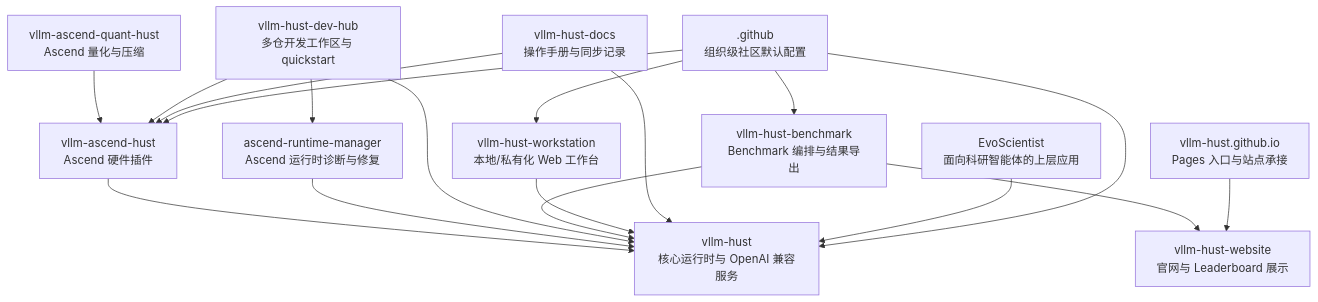
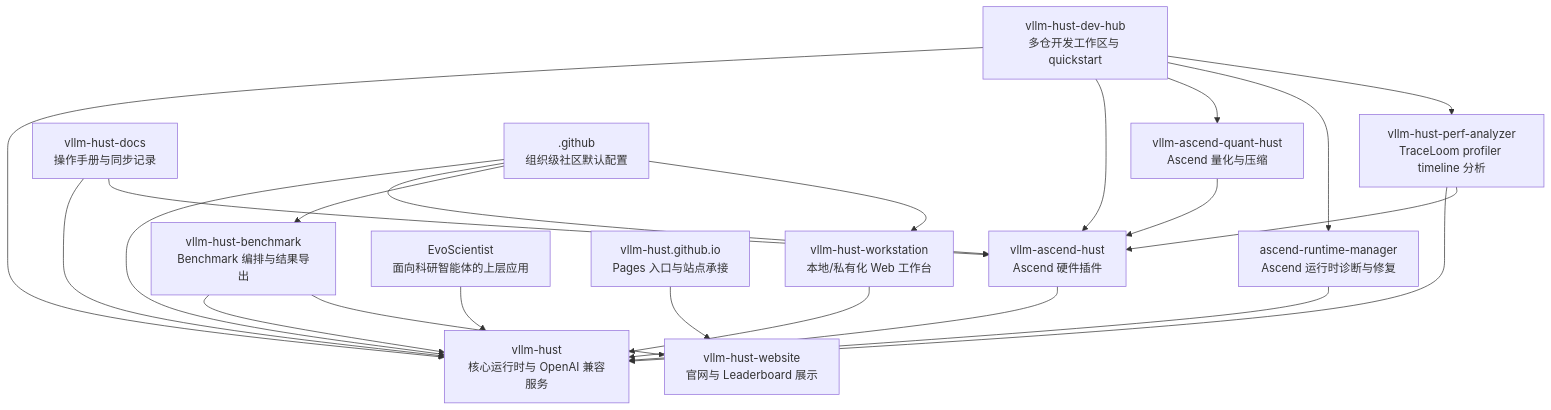
The diagram in profile/README.md (vLLM-HUST/.github), drawn with Mermaid before and after one commit. The commit also changed other lines of this file and 3 other files, not shown here.

````diff
--- a/profile/README.md
+++ b/profile/README.md
@@ -70,33 +72,38 @@
 ```mermaid
 flowchart TD
     A[vllm-hust\n核心运行时与 OpenAI 兼容服务]
     B[vllm-ascend-hust\nAscend 硬件插件]
-  C[vllm-ascend-quant-hust\nAscend 量化与压缩]
-  D[ascend-runtime-manager\nAscend 运行时诊断与修复]
-  E[vllm-hust-dev-hub\n多仓开发工作区与 quickstart]
-  F[vllm-hust-benchmark\nBenchmark 编排与结果导出]
-  G[vllm-hust-website\n官网与 Leaderboard 展示]
-  H[vllm-hust-workstation\n本地/私有化 Web 工作台]
-  I[vllm-hust-docs\n操作手册与同步记录]
-  J[EvoScientist\n面向科研智能体的上层应用]
-  K[.github\n组织级社区默认配置]
-  L[vllm-hust.github.io\nPages 入口与站点承接]
+    C[vllm-ascend-quant-hust\nAscend 量化与压缩]
+    D[ascend-runtime-manager\nAscend 运行时诊断与修复]
+    E[vllm-hust-dev-hub\n多仓开发工作区与 quickstart]
+    F[vllm-hust-benchmark\nBenchmark 编排与结果导出]
+    G[vllm-hust-website\n官网与 Leaderboard 展示]
+    H[vllm-hust-workstation\n本地/私有化 Web 工作台]
+    I[vllm-hust-docs\n操作手册与同步记录]
+    J[EvoScientist\n面向科研智能体的上层应用]
+    K[.github\n组织级社区默认配置]
+    L[vllm-hust.github.io\nPages 入口与站点承接]
+    M[vllm-hust-perf-analyzer\nTraceLoom profiler timeline 分析]
 
     B --> A
-  C --> B
-  D --> A
-  E --> A
-  E --> B
-  E --> D
-  F --> A
-  F --> G
-  H --> A
-  I --> A
-  I --> B
-  J --> A
-  K --> A
-  K --> B
-  K --> F
-  K --> H
-  L --> G
+    C --> B
+    D --> A
+    E --> A
+    E --> B
+    E --> C
+    E --> D
+    E --> M
+    F --> A
+    F --> G
+    H --> A
+    I --> A
+    I --> B
+    J --> A
+    K --> A
+    K --> B
+    K --> F
+    K --> H
+    L --> G
+    M --> A
+    M --> B
 ```
````
